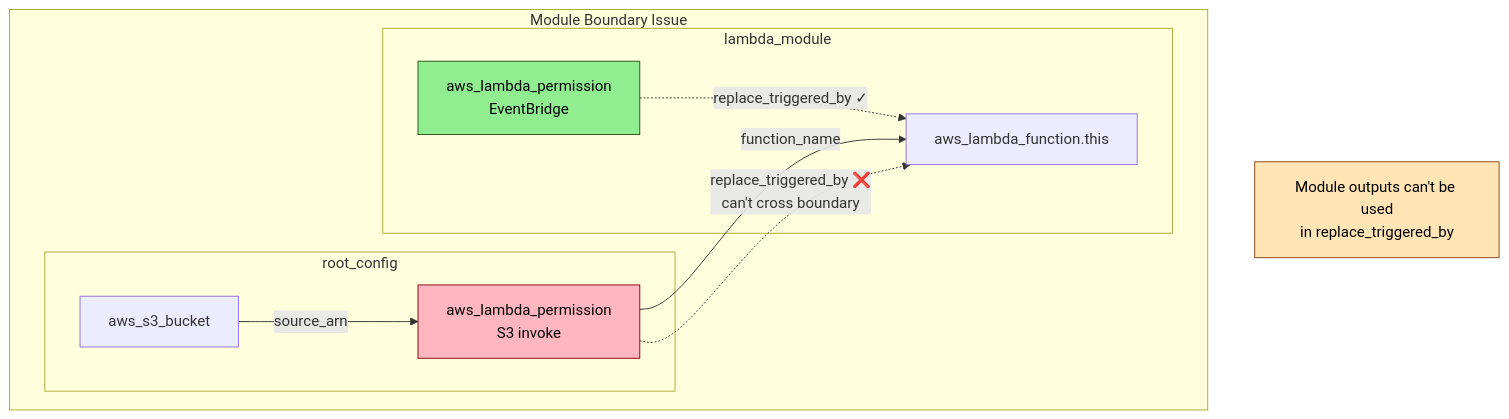
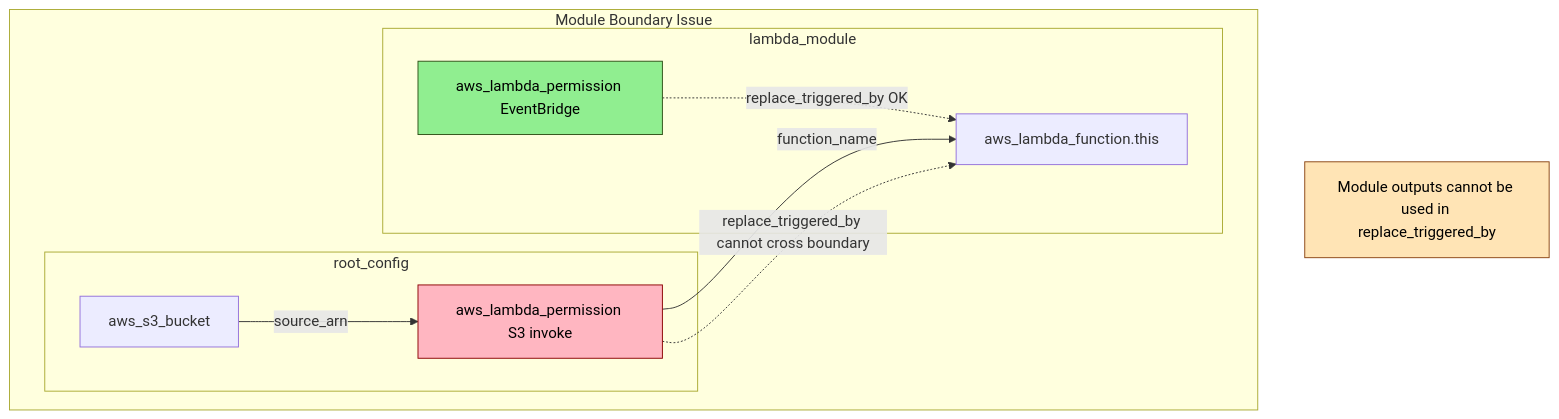
One commit to carim07/carim-web changed the third of 4 diagrams in content/posts/terraform-lambda-permissions/index.md. Above: the diagram before and after it, drawn with Mermaid. The commit also changed other lines of this file and 4 other files, not shown here.

Commit message:
LoveIt v0.3.0; self-hosted libs; Mermaid fixes; giscus integration; center diagrams; ignore backups/docs

```diff
--- a/content/posts/terraform-lambda-permissions/index.md
+++ b/content/posts/terraform-lambda-permissions/index.md
@@ -352,27 +354,27 @@
 {{< mermaid >}}
-graph TB
+flowchart TB
     subgraph "Module Boundary Issue"
         subgraph "lambda_module"
             LF1[aws_lambda_function.this]
-            LP1[aws_lambda_permission<br/>EventBridge]
+            LP1[aws_lambda_permission EventBridge]
 
-            LP1 -.->|replace_triggered_by ✓| LF1
+            LP1 -.->|replace_triggered_by OK| LF1
 
             style LP1 fill:#90EE90,stroke:#2d5016,color:#000
         end
 
         subgraph "root_config"
             S3[aws_s3_bucket]
-            LP2[aws_lambda_permission<br/>S3 invoke]
+            LP2[aws_lambda_permission S3 invoke]
 
             LP2 -->|function_name| LF1
-            LP2 -.->|replace_triggered_by ❌<br/>can't cross boundary| LF1
+            LP2 -.->|replace_triggered_by cannot cross boundary| LF1
             S3 -->|source_arn| LP2
 
             style LP2 fill:#FFB6C1,stroke:#8B0000,color:#000
         end
     end
 
-    Note[Module outputs can't be used<br/>in replace_triggered_by]
+    Note["Module outputs cannot be used in replace_triggered_by"]
     style Note fill:#FFE4B5,stroke:#8B4513,color:#000
 {{< /mermaid >}}
```
